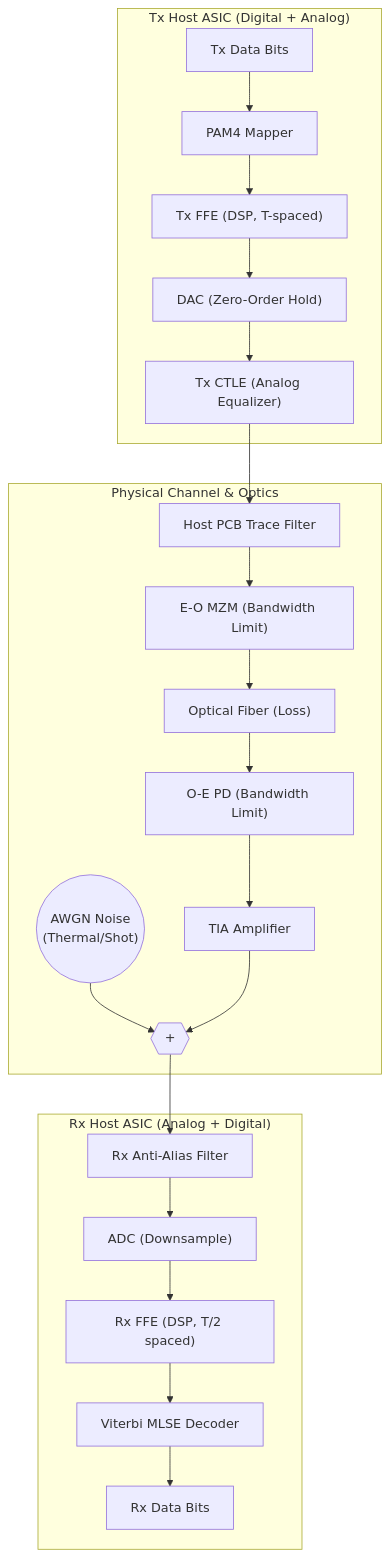
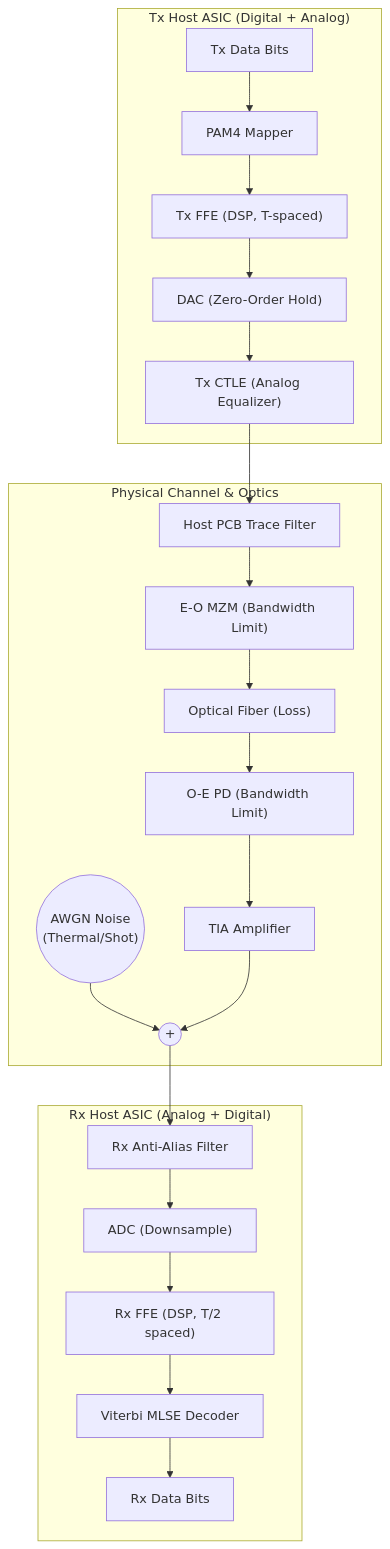
Before and after one commit to ZenHatesCoding/lpo-pam4-sim: the diagram in docs/01_DSP_Architecture.md, drawn with Mermaid. The commit also changed other lines of this file and 1 other file, not shown here.

Commit message:
docs: improve mermaid diagrams layout and adapt transparency for PPTs

````diff
--- a/docs/01_DSP_Architecture.md
+++ b/docs/01_DSP_Architecture.md
@@ -27,27 +27,28 @@
 ```mermaid
+%%{init: {'themeVariables': { 'background': 'transparent'}}}%%
 graph TD
     subgraph Tx_Host["Tx Host ASIC (Digital + Analog)"]
         A[Tx Data Bits] --> B[PAM4 Mapper]
         B --> C["Tx FFE (DSP, T-spaced)"]
         C --> D["DAC (Zero-Order Hold)"]
         D --> E["Tx CTLE (Analog Equalizer)"]
     end
 
     subgraph Channel["Physical Channel & Optics"]
         E --> F["Host PCB Trace Filter"]
         F --> G["E-O MZM (Bandwidth Limit)"]
         G --> H["Optical Fiber (Loss)"]
         H --> I["O-E PD (Bandwidth Limit)"]
         I --> J["TIA Amplifier"]
-        N1(("AWGN Noise\n(Thermal/Shot)")) --> K{{"+"}}
+        N1(("AWGN Noise<br>(Thermal/Shot)")) --> K((+))
         J --> K
     end
 
     subgraph Rx_Host["Rx Host ASIC (Analog + Digital)"]
         K --> L["Rx Anti-Alias Filter"]
         L --> M["ADC (Downsample)"]
         M --> N["Rx FFE (DSP, T/2 spaced)"]
         N --> O["Viterbi MLSE Decoder"]
         O --> P[Rx Data Bits]
     end
 ```
````
